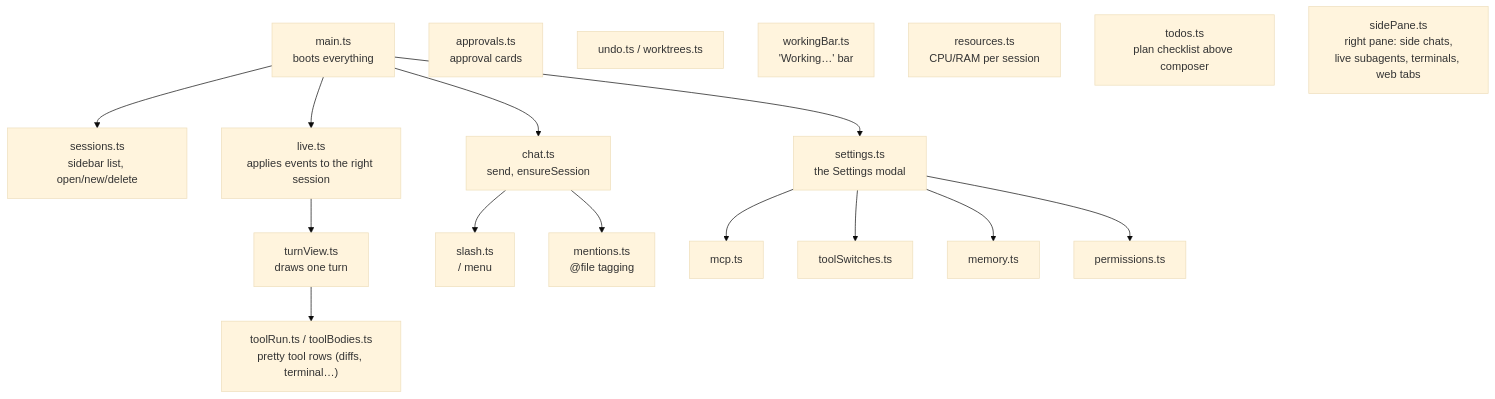
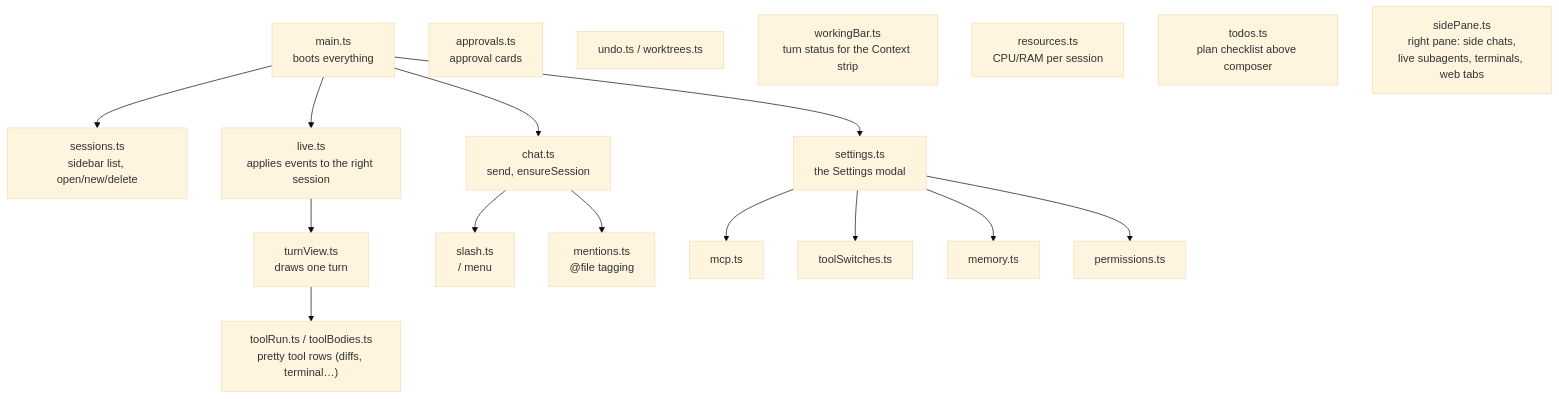
Diagram 17 of 18 in HOW-IT-WORKS.md (Ady-JK/paladin), drawn with Mermaid (base theme) before and after one commit. The commit also changed other lines of this file and 10 other files, not shown here.

First line of the commit message:
feat(composer): merge the working status into the Context strip (0.8.64)

````diff
--- a/HOW-IT-WORKS.md
+++ b/HOW-IT-WORKS.md
@@ -778,18 +785,18 @@
 ```mermaid
 flowchart TB
     main["main.ts<br/>boots everything"] --> sessions & chat & settings & live
     sessions["sessions.ts<br/>sidebar list, open/new/delete"]
     chat["chat.ts<br/>send, ensureSession"]
     live["live.ts<br/>applies events to the right session"]
     live --> turnView["turnView.ts<br/>draws one turn"]
     turnView --> toolRun["toolRun.ts / toolBodies.ts<br/>pretty tool rows (diffs, terminal…)"]
     chat --> slash["slash.ts<br/>/ menu"]
     chat --> mentions["mentions.ts<br/>@file tagging"]
     settings["settings.ts<br/>the Settings modal"] --> mcp["mcp.ts"] & toolSwitches["toolSwitches.ts"] & memory["memory.ts"] & permissions["permissions.ts"]
     approvals["approvals.ts<br/>approval cards"]
     undo["undo.ts / worktrees.ts"]
-    workingBar["workingBar.ts<br/>'Working…' bar"]
+    workingBar["workingBar.ts<br/>turn status for the Context strip"]
     resources["resources.ts<br/>CPU/RAM per session"]
     todos["todos.ts<br/>plan checklist above composer"]
     sidePane["sidePane.ts<br/>right pane: side chats,<br/>live subagents, terminals, web tabs"]
 ```
````
